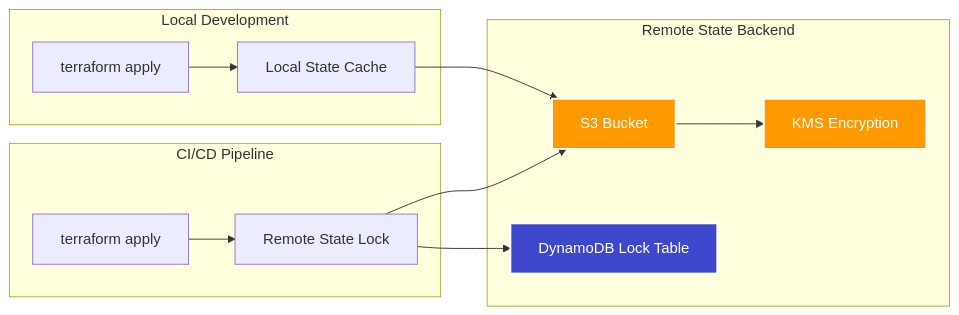
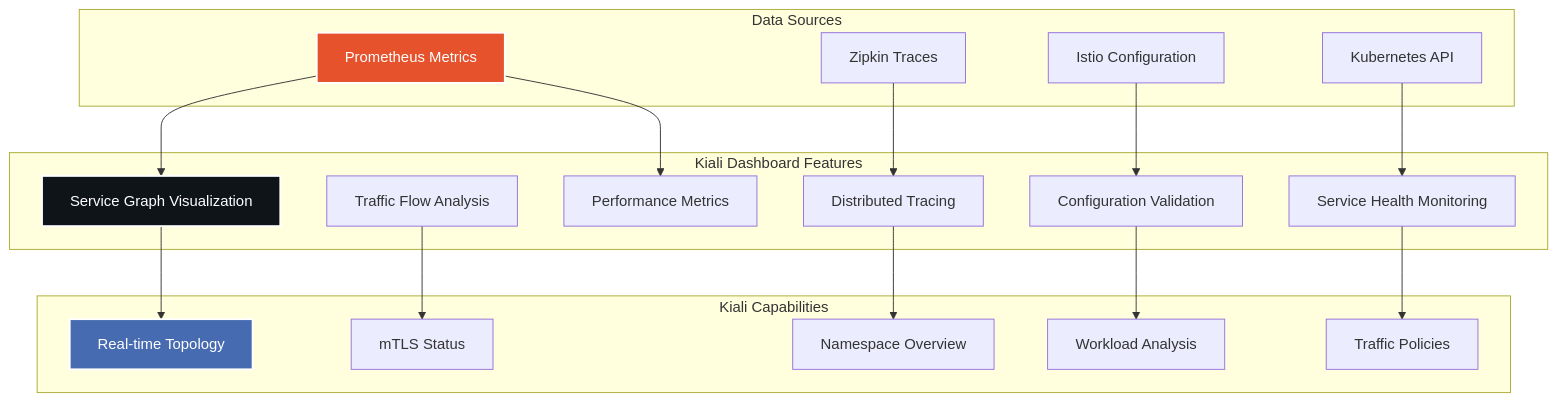
One commit to Saoudyahya/Ecommerce-App-Terraform-config changed the eighth of 9 diagrams in README.md. Above: the diagram before and after it, drawn with Mermaid. The commit also changed other lines of this file, not shown here.

````diff
--- a/README.md
+++ b/README.md
@@ -677,31 +788,42 @@
 ```mermaid
-graph LR
-    subgraph "Remote State Backend"
-        S3[S3 Bucket]
-        DYNAMO[DynamoDB Lock Table]
-        KMS[KMS Encryption]
+graph TB
+    subgraph "Kiali Dashboard Features"
+        GRAPH[Service Graph Visualization]
+        TRAFFIC[Traffic Flow Analysis]
+        HEALTH[Service Health Monitoring]
+        CONFIG[Configuration Validation]
+        TRACES[Distributed Tracing]
+        METRICS[Performance Metrics]
     end
     
-    subgraph "Local Development"
-        DEV_TF[terraform apply]
-        DEV_STATE[Local State Cache]
+    subgraph "Data Sources"
+        PROMETHEUS[Prometheus Metrics]
+        ZIPKIN_SRC[Zipkin Traces]
+        ISTIO_CONFIG[Istio Configuration]
+        K8S_API[Kubernetes API]
     end
     
-    subgraph "CI/CD Pipeline"
-        CI_TF[terraform apply]
-        CI_STATE[Remote State Lock]
+    subgraph "Kiali Capabilities"
+        TOPOLOGY[Real-time Topology]
+        SECURITY[mTLS Status]
+        POLICIES[Traffic Policies]
+        WORKLOADS[Workload Analysis]
+        NAMESPACES[Namespace Overview]
     end
     
-    DEV_TF --> DEV_STATE
-    DEV_STATE --> S3
+    PROMETHEUS --> GRAPH
+    PROMETHEUS --> METRICS
+    ZIPKIN_SRC --> TRACES
+    ISTIO_CONFIG --> CONFIG
+    K8S_API --> HEALTH
     
-    CI_TF --> CI_STATE
-    CI_STATE --> S3
-    CI_STATE --> DYNAMO
+    GRAPH --> TOPOLOGY
+    TRAFFIC --> SECURITY
+    HEALTH --> POLICIES
+    CONFIG --> WORKLOADS
+    TRACES --> NAMESPACES
     
-    S3 --> KMS
-    
-    style S3 fill:#FF9900,stroke:#fff,stroke-width:2px,color:#fff
-    style DYNAMO fill:#3F48CC,stroke:#fff,stroke-width:2px,color:#fff
-    style KMS fill:#FF9900,stroke:#fff,stroke-width:2px,color:#fff
+    style GRAPH fill:#0F1419,stroke:#fff,stroke-width:2px,color:#fff
+    style TOPOLOGY fill:#466BB0,stroke:#fff,stroke-width:2px,color:#fff
+    style PROMETHEUS fill:#E6522C,stroke:#fff,stroke-width:2px,color:#fff
 ```
````
